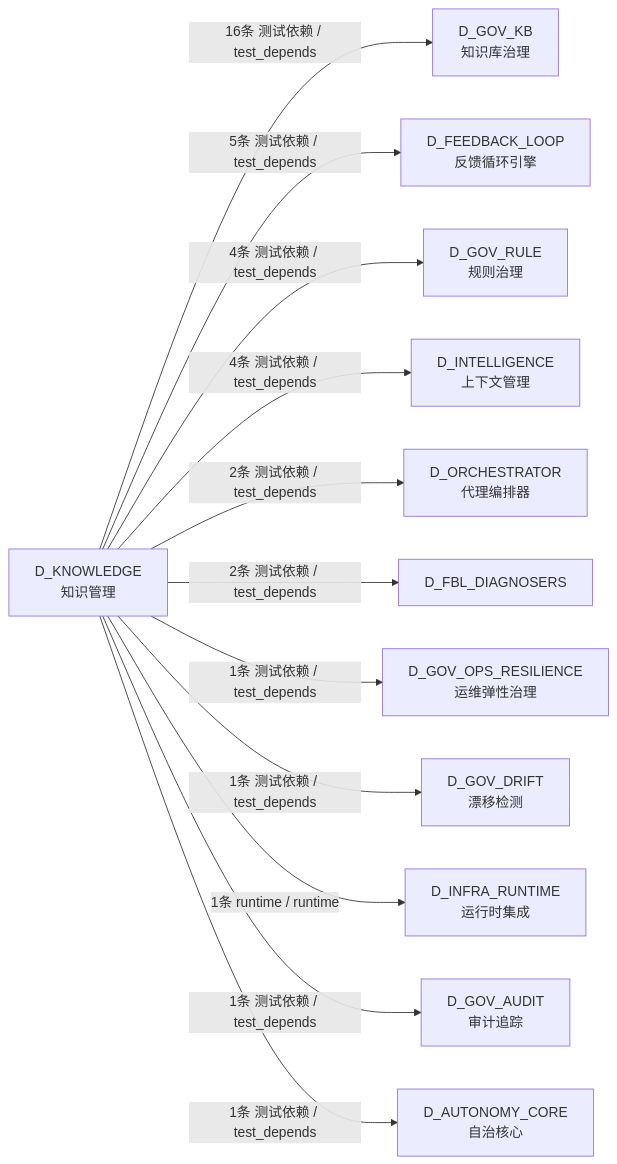
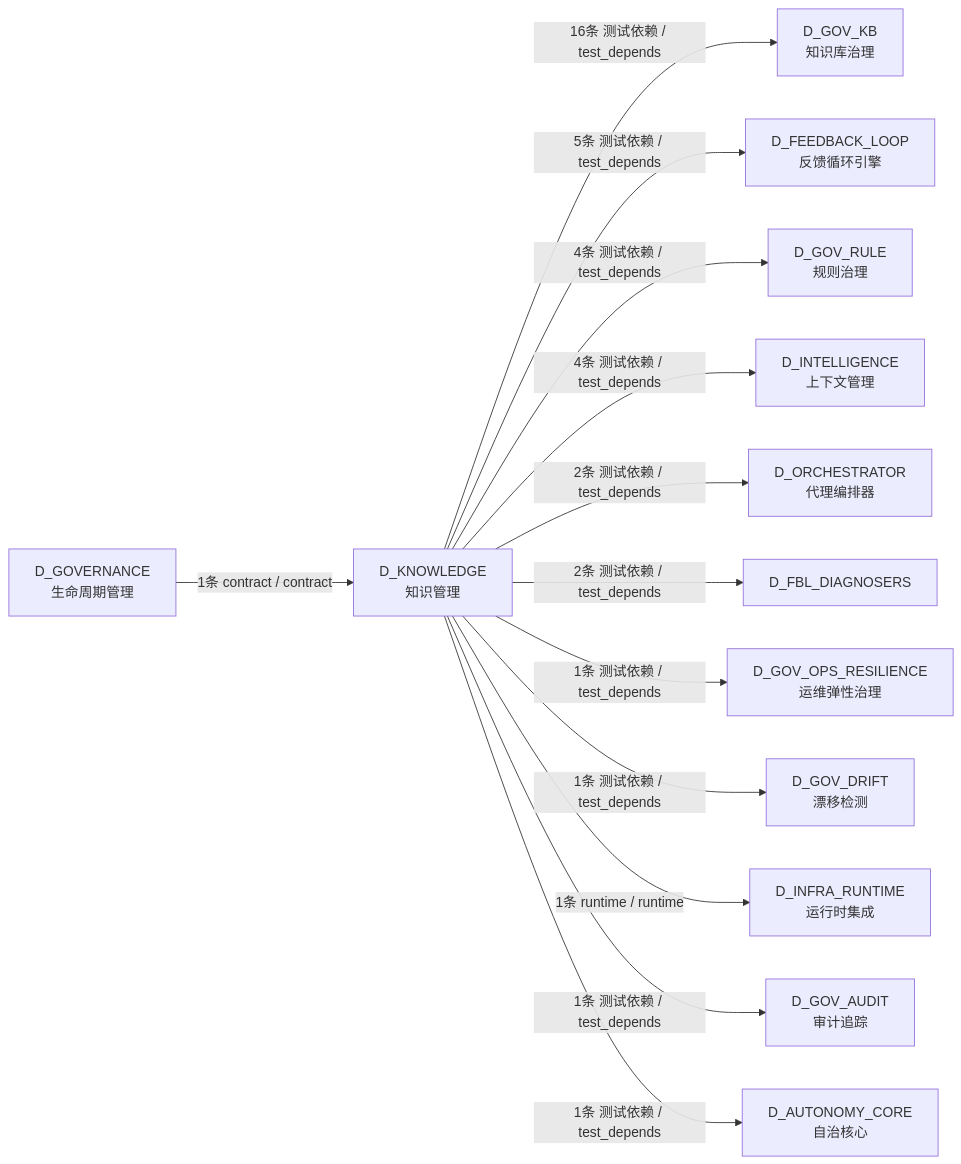
The fifth of 5 diagrams in docs/02_enterprise_architecture/02_domain_architecture_docs/48_d_knowledge.md (xuanFelixVan/ZephyrAlpha), drawn with Mermaid before and after one commit. The commit also changed other lines of this file and 98 other files, not shown here.

````diff
--- a/docs/02_enterprise_architecture/02_domain_architecture_docs/48_d_knowledge.md
+++ b/docs/02_enterprise_architecture/02_domain_architecture_docs/48_d_knowledge.md
@@ -356,26 +363,28 @@
 ```mermaid
 graph LR
     D_KNOWLEDGE["D_KNOWLEDGE<br/>知识管理"]
     D_GOV_KB["D_GOV_KB<br/>知识库治理"]
     D_FEEDBACK_LOOP["D_FEEDBACK_LOOP<br/>反馈循环引擎"]
     D_GOV_RULE["D_GOV_RULE<br/>规则治理"]
     D_INTELLIGENCE["D_INTELLIGENCE<br/>上下文管理"]
     D_ORCHESTRATOR["D_ORCHESTRATOR<br/>代理编排器"]
     D_FBL_DIAGNOSERS["D_FBL_DIAGNOSERS"]
     D_GOV_OPS_RESILIENCE["D_GOV_OPS_RESILIENCE<br/>运维弹性治理"]
     D_GOV_DRIFT["D_GOV_DRIFT<br/>漂移检测"]
     D_INFRA_RUNTIME["D_INFRA_RUNTIME<br/>运行时集成"]
     D_GOV_AUDIT["D_GOV_AUDIT<br/>审计追踪"]
     D_AUTONOMY_CORE["D_AUTONOMY_CORE<br/>自治核心"]
+    D_GOVERNANCE["D_GOVERNANCE<br/>生命周期管理"]
     D_KNOWLEDGE -->|16条 测试依赖 / test_depends| D_GOV_KB
     D_KNOWLEDGE -->|5条 测试依赖 / test_depends| D_FEEDBACK_LOOP
     D_KNOWLEDGE -->|4条 测试依赖 / test_depends| D_GOV_RULE
     D_KNOWLEDGE -->|4条 测试依赖 / test_depends| D_INTELLIGENCE
     D_KNOWLEDGE -->|2条 测试依赖 / test_depends| D_ORCHESTRATOR
     D_KNOWLEDGE -->|2条 测试依赖 / test_depends| D_FBL_DIAGNOSERS
     D_KNOWLEDGE -->|1条 测试依赖 / test_depends| D_GOV_OPS_RESILIENCE
     D_KNOWLEDGE -->|1条 测试依赖 / test_depends| D_GOV_DRIFT
     D_KNOWLEDGE -->|1条 runtime / runtime| D_INFRA_RUNTIME
     D_KNOWLEDGE -->|1条 测试依赖 / test_depends| D_GOV_AUDIT
     D_KNOWLEDGE -->|1条 测试依赖 / test_depends| D_AUTONOMY_CORE
+    D_GOVERNANCE -->|1条 contract / contract| D_KNOWLEDGE
 ```
````
